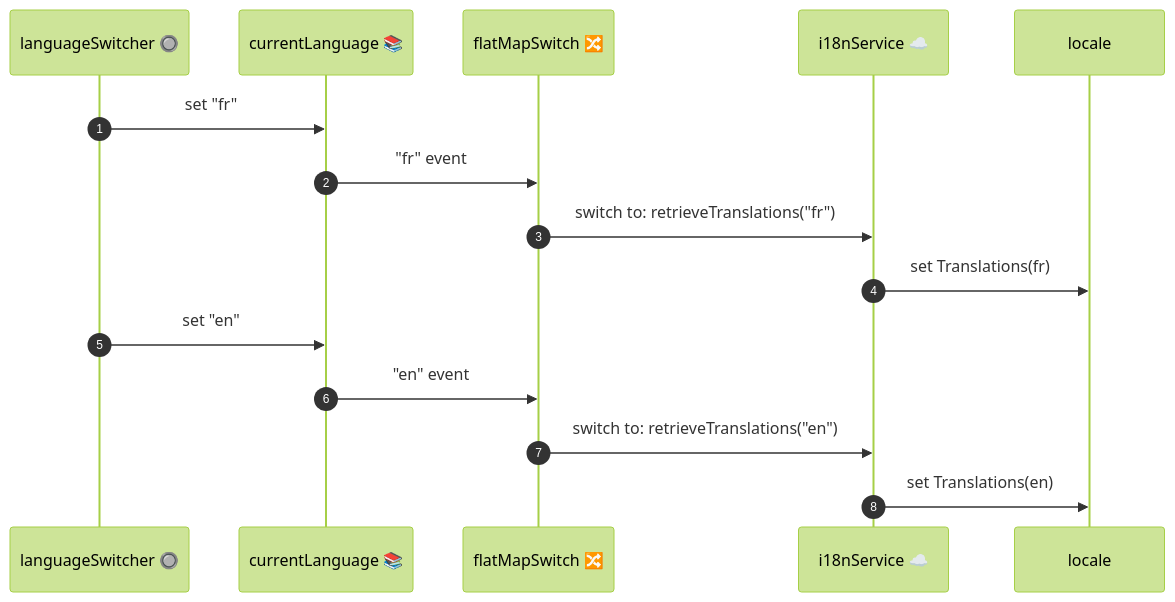
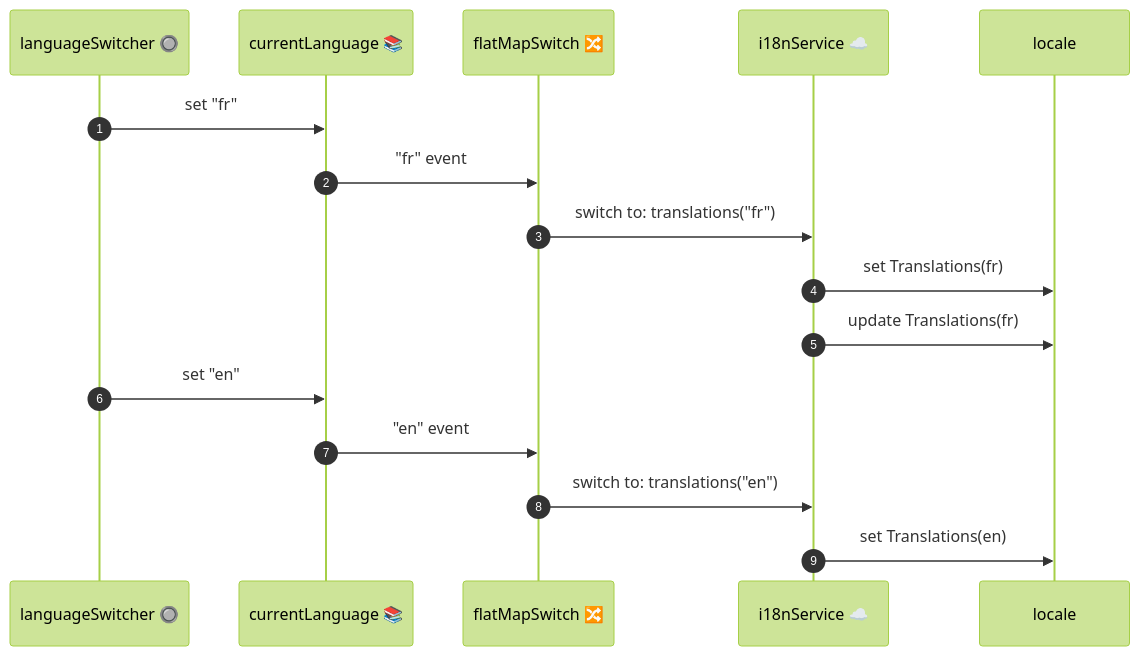
One commit to jchapuis/fullstackscala-scaladays2025 changed the fifth of 9 diagrams in slides.md. Above: the diagram before and after it, drawn with Mermaid. The commit also changed other lines of this file and 2 other files, not shown here.

````diff
--- a/slides.md
+++ b/slides.md
@@ -505,22 +560,23 @@
 ```mermaid
 %%{init: { "theme": "forest", "themeVariables": { "fontFamily": "monospace" } }}%%
 
 sequenceDiagram
     autonumber
     participant Switcher as languageSwitcher 🔘
     participant Lang    as currentLanguage 📚
     participant FlatMapSwitch as flatMapSwitch 🔀
     participant i18nService as i18nService ☁️
     participant Locale  as locale
 
     Switcher->>Lang: set "fr"
     Lang->>FlatMapSwitch: "fr" event
-    FlatMapSwitch->>i18nService: switch to: retrieveTranslations("fr")
+    FlatMapSwitch->>i18nService: switch to: translations("fr")
     i18nService->>Locale: set Translations(fr)
+    i18nService->>Locale: update Translations(fr)
 
     Switcher->>Lang: set "en"
     Lang->>FlatMapSwitch: "en" event
-    FlatMapSwitch->>i18nService: switch to: retrieveTranslations("en")
+    FlatMapSwitch->>i18nService: switch to: translations("en")
     i18nService->>Locale: set Translations(en)
 
 ```  
````
